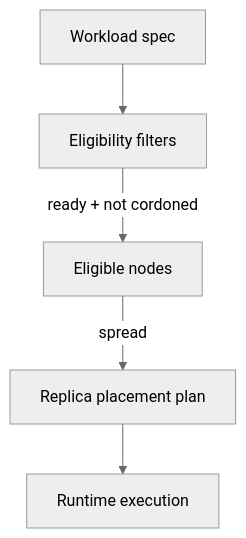
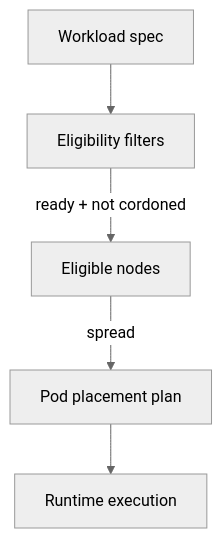
One commit to the-cm-collective/k1s changed the first of 4 diagrams in docs/concepts-in-practice/04-scheduling-placement.md. Above: the diagram before and after it, drawn with Mermaid (neutral theme). The commit also changed other lines of this file and 91 other files, not shown here.

````diff
--- a/docs/concepts-in-practice/04-scheduling-placement.md
+++ b/docs/concepts-in-practice/04-scheduling-placement.md
@@ -6,7 +6,7 @@
 ```mermaid
 flowchart TB
   Workload[Workload spec] --> Filters[Eligibility filters]
   Filters -->|ready + not cordoned| Eligible[Eligible nodes]
-  Eligible -->|spread| Placement[Replica placement plan]
+  Eligible -->|spread| Placement[Pod placement plan]
   Placement --> Runtime[Runtime execution]
 ```
````
